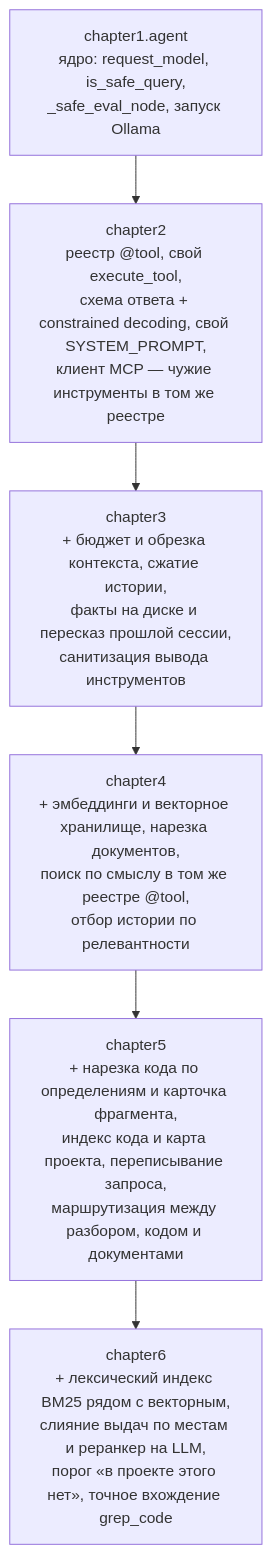
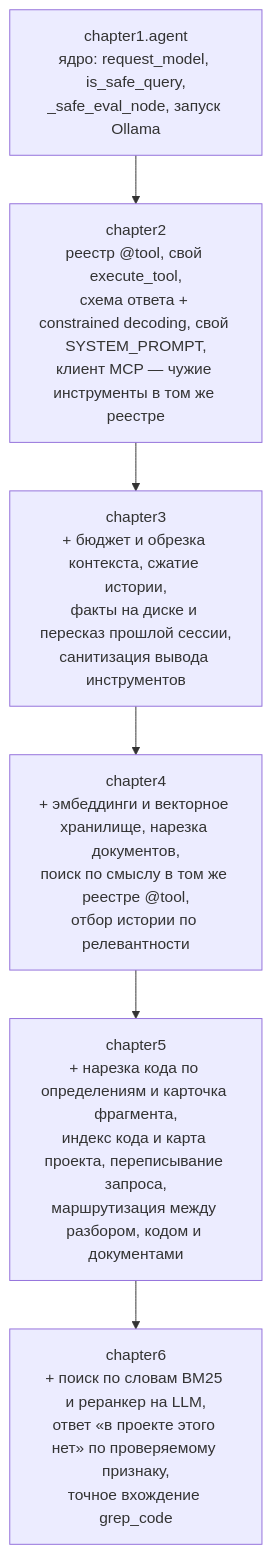
One commit to io982/firstAgent changed the diagram in README.md. Above: the diagram before and after it, drawn with Mermaid. The commit also changed other lines of this file and 12 other files, not shown here.

````diff
--- a/README.md
+++ b/README.md
@@ -372,9 +372,9 @@
 ```mermaid
 graph TD
     Base["chapter1.agent<br/>ядро: request_model, is_safe_query,<br/>_safe_eval_node, запуск Ollama"]
     Base --> Ch2["chapter2<br/>реестр @tool, свой execute_tool,<br/>схема ответа + constrained decoding, свой SYSTEM_PROMPT,<br/>клиент MCP — чужие инструменты в том же реестре"]
     Ch2 --> Ch3["chapter3<br/>+ бюджет и обрезка контекста, сжатие истории,<br/>факты на диске и пересказ прошлой сессии,<br/>санитизация вывода инструментов"]
     Ch3 --> Ch4["chapter4<br/>+ эмбеддинги и векторное хранилище, нарезка документов,<br/>поиск по смыслу в том же реестре @tool,<br/>отбор истории по релевантности"]
     Ch4 --> Ch5["chapter5<br/>+ нарезка кода по определениям и карточка фрагмента,<br/>индекс кода и карта проекта, переписывание запроса,<br/>маршрутизация между разбором, кодом и документами"]
-    Ch5 --> Ch6["chapter6<br/>+ лексический индекс BM25 рядом с векторным,<br/>слияние выдач по местам и реранкер на LLM,<br/>порог «в проекте этого нет», точное вхождение grep_code"]
+    Ch5 --> Ch6["chapter6<br/>+ поиск по словам BM25 и реранкер на LLM,<br/>ответ «в проекте этого нет» по проверяемому признаку,<br/>точное вхождение grep_code"]
 ```
````
